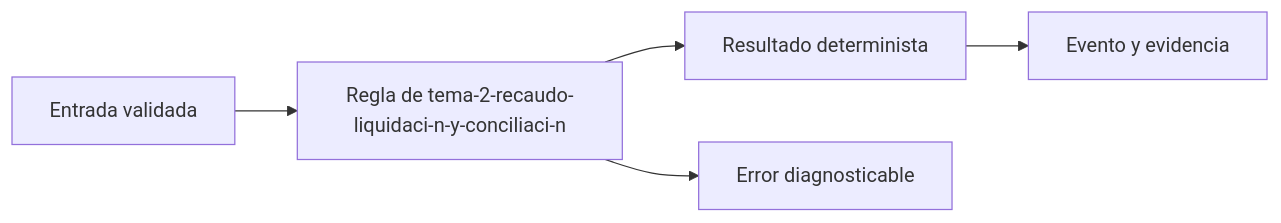
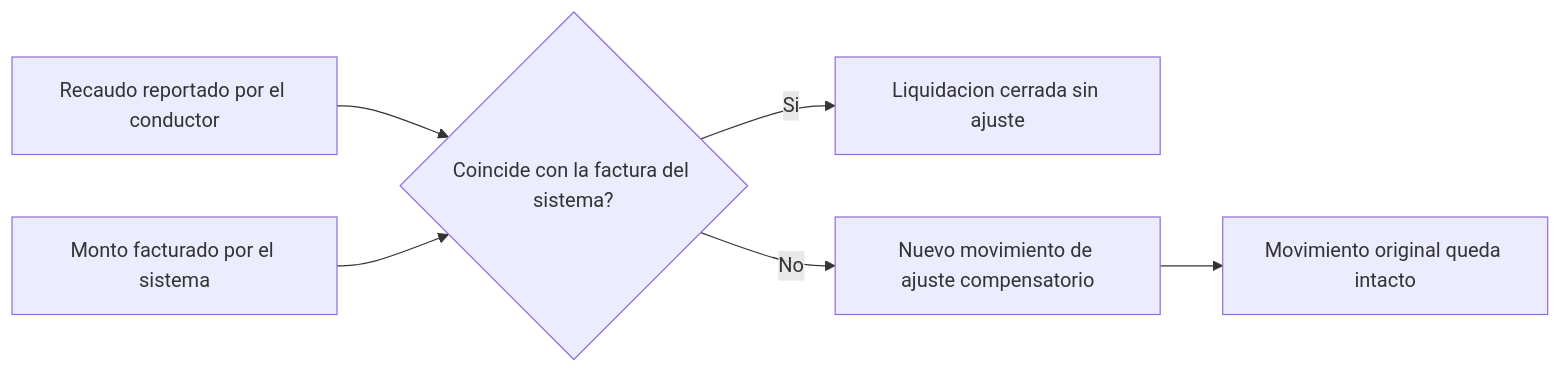
One commit to NICORUIZ93/Academia_Floci changed the fourth of 6 diagrams in web/public/content/rutaflow/modulo-6.md. Above: the diagram before and after it, drawn with Mermaid. The commit also changed other lines of this file and 56 other files, not shown here.

````diff
--- a/web/public/content/rutaflow/modulo-6.md
+++ b/web/public/content/rutaflow/modulo-6.md
@@ -133,7 +185,8 @@
 ```mermaid
 flowchart LR
-  A[Entrada validada] --> B[Regla de tema-2-recaudo-liquidaci-n-y-conciliaci-n]
-  B --> C[Resultado determinista]
-  C --> D[Evento y evidencia]
-  B --> E[Error diagnosticable]
+  A[Recaudo reportado por el conductor] --> C{Coincide con la factura del sistema?}
+  B[Monto facturado por el sistema] --> C
+  C -->|Si| D[Liquidacion cerrada sin ajuste]
+  C -->|No| E[Nuevo movimiento de ajuste compensatorio]
+  E --> F[Movimiento original queda intacto]
 ```
````
